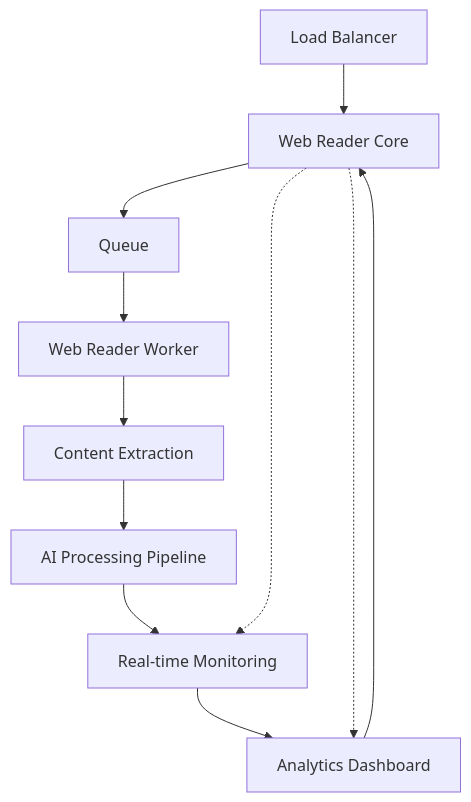
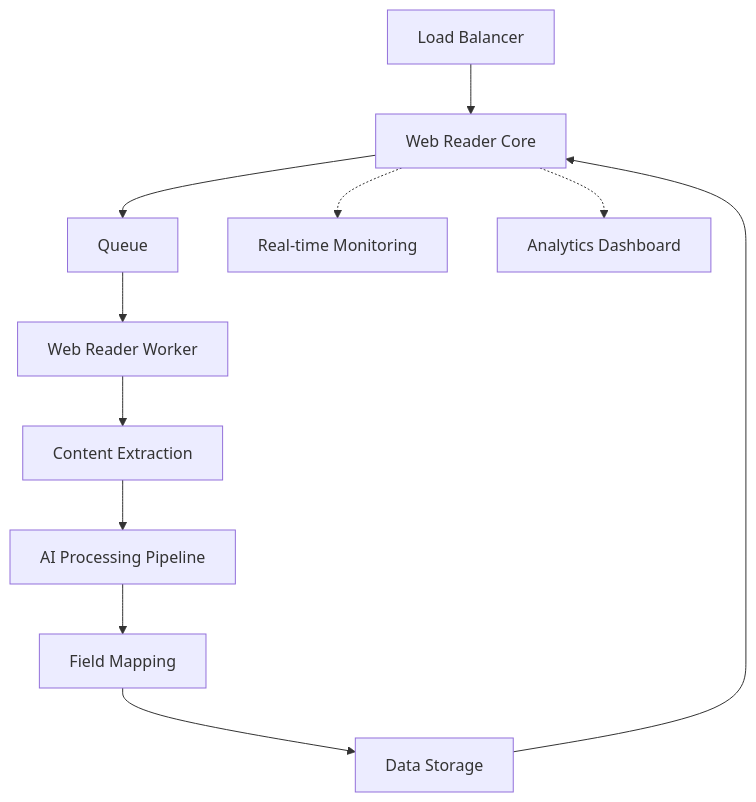
One commit to NoWayJA/web-reader-core changed the diagram in README.md. Above: the diagram before and after it, drawn with Mermaid.

````diff
--- a/README.md
+++ b/README.md
@@ -28,14 +28,14 @@
 ```mermaid
 graph TD
     A[Load Balancer] --> B[Web Reader Core]
     B --> C[Queue]
     C --> D[Web Reader Worker]
     D --> E[Content Extraction]
     E --> F[AI Processing Pipeline]
     F --> G[Field Mapping]
     G --> H[Data Storage]
     H --> B[Web Reader Core]
         
-    B -.-> G[Real-time Monitoring]
-    B -.-> H[Analytics Dashboard]
+    B -.-> I[Real-time Monitoring]
+    B -.-> J[Analytics Dashboard]
 ```
````
